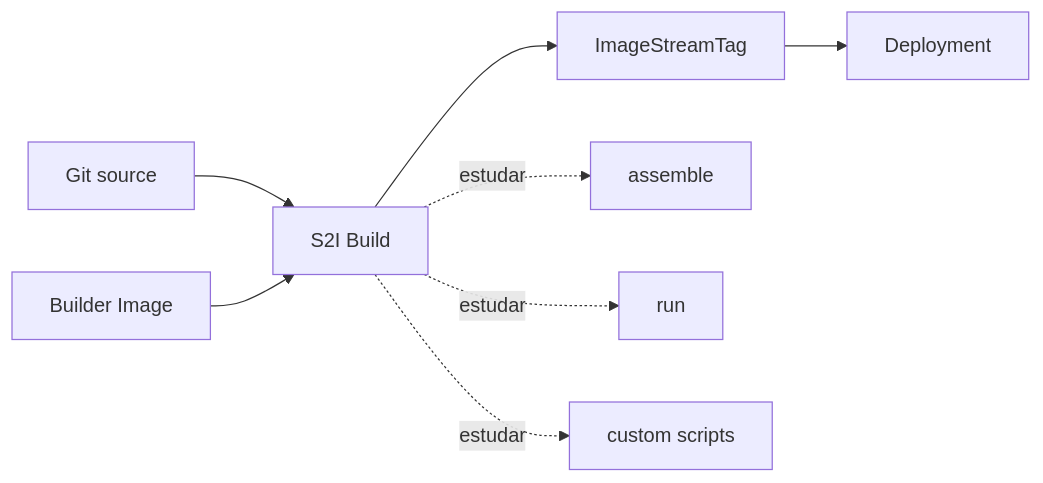
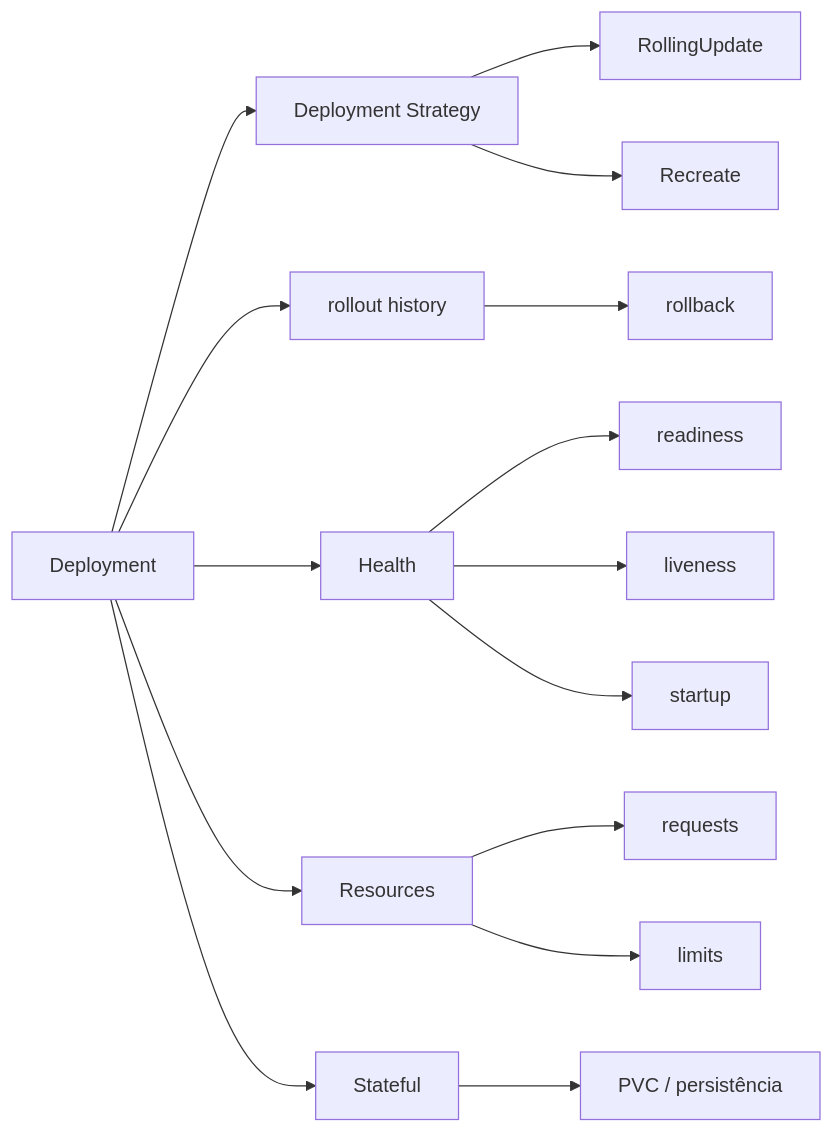
The ninth of 9 diagrams in mindmap/README.md (fmonticelli/ex288-labs), drawn with Mermaid before and after one commit. The commit also changed other lines of this file and 1 other file, not shown here.

````diff
--- a/mindmap/README.md
+++ b/mindmap/README.md
@@ -278,11 +420,21 @@
 ```mermaid
 flowchart LR
-    GIT[Git source] --> S2I[S2I Build]
-    BUILDER[Builder Image] --> S2I
-    S2I --> OUT[ImageStreamTag]
-    OUT --> DEPLOY[Deployment]
+    DEP[Deployment] --> STRAT[Deployment Strategy]
+    STRAT --> ROLLING[RollingUpdate]
+    STRAT --> RECREATE[Recreate]
 
-    S2I -. estudar .-> ASSEMBLE[assemble]
-    S2I -. estudar .-> RUN[run]
-    S2I -. estudar .-> SCRIPTS[custom scripts]
+    DEP --> HIST[rollout history]
+    HIST --> ROLLBACK[rollback]
+
+    DEP --> HEALTH[Health]
+    HEALTH --> READY[readiness]
+    HEALTH --> LIVE[liveness]
+    HEALTH --> STARTUP[startup]
+
+    DEP --> RES[Resources]
+    RES --> REQUESTS[requests]
+    RES --> LIMITS[limits]
+
+    DEP --> STATE[Stateful]
+    STATE --> PVC[PVC / persistência]
 ```
````
